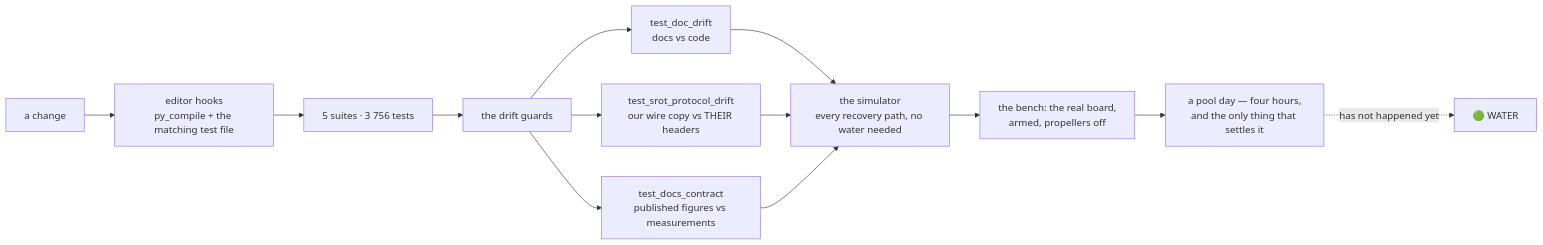
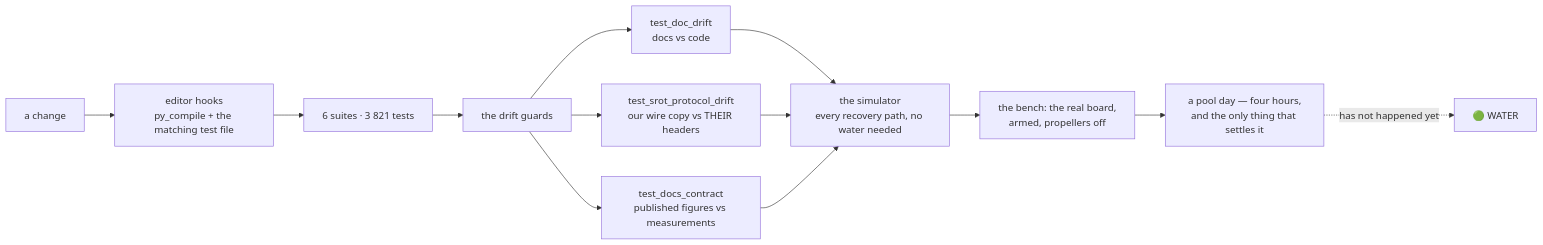
One commit to fh1m/mongla_ws changed the ninth of 10 diagrams in README.md. Above: the diagram before and after it, drawn with Mermaid. The commit also changed other lines of this file and 4 other files, not shown here.

````diff
--- a/README.md
+++ b/README.md
@@ -752,15 +752,15 @@
 ```mermaid
 flowchart LR
     DEV["a change"] --> HOOK["editor hooks<br/>py_compile + the matching test file"]
-    HOOK --> UNIT["5 suites · 3 756 tests"]
+    HOOK --> UNIT["6 suites · 3 821 tests"]
     UNIT --> GUARD["the drift guards"]
     GUARD --> G1["test_doc_drift<br/>docs vs code"]
     GUARD --> G2["test_srot_protocol_drift<br/>our wire copy vs THEIR headers"]
     GUARD --> G3["test_docs_contract<br/>published figures vs measurements"]
     G1 --> SIM["the simulator<br/>every recovery path, no water needed"]
     G2 --> SIM
     G3 --> SIM
     SIM --> BENCH["the bench: the real board,<br/>armed, propellers off"]
     BENCH --> POOL["a pool day — four hours,<br/>and the only thing that settles it"]
     POOL -.->|"has not happened yet"| WATER["🟢 WATER"]
 ```
````
